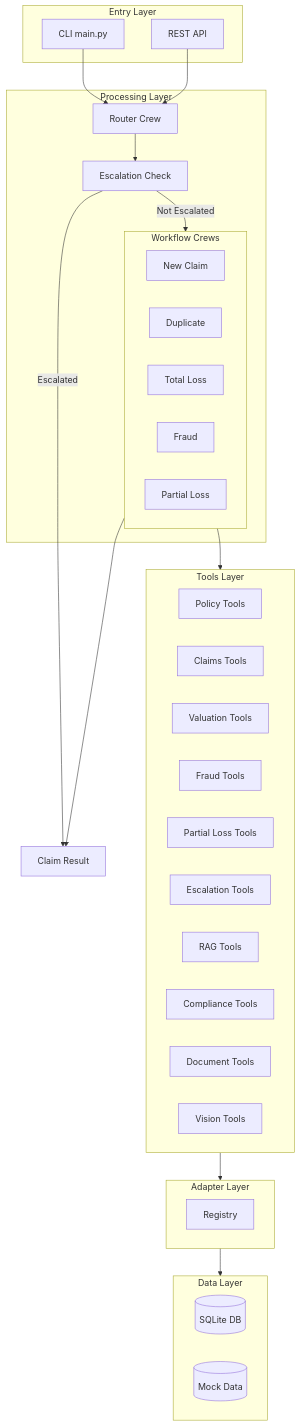
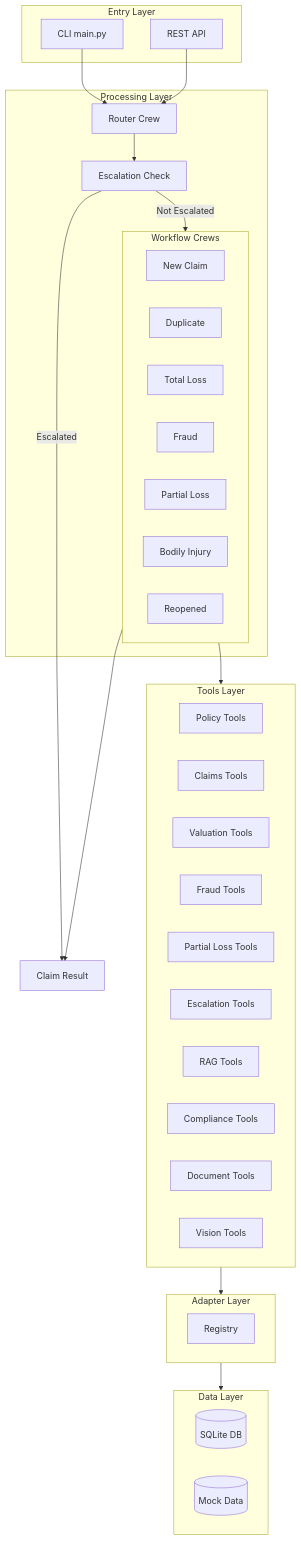
The first of 6 diagrams in docs/architecture.md (csmangum/auto-agent), drawn with Mermaid before and after one commit. The commit also changed 8 other files, not shown here.

````diff
--- a/docs/architecture.md
+++ b/docs/architecture.md
@@ -7,54 +7,56 @@
 ```mermaid
 flowchart TB
     subgraph Entry["Entry Layer"]
         CLI[CLI main.py]
         API[REST API]
     end
 
     subgraph Processing["Processing Layer"]
         Router[Router Crew]
         Escalation[Escalation Check]
 
         subgraph Workflows["Workflow Crews"]
             New[New Claim]
             Dup[Duplicate]
             TL[Total Loss]
             Fraud[Fraud]
             PL[Partial Loss]
+            BI[Bodily Injury]
+            Reopened[Reopened]
         end
     end
 
     subgraph Tools["Tools Layer"]
         Policy[Policy Tools]
         Claims[Claims Tools]
         Valuation[Valuation Tools]
         FraudTools[Fraud Tools]
         PLTools[Partial Loss Tools]
         EscalationTools[Escalation Tools]
         RAGTools[RAG Tools]
         ComplianceTools[Compliance Tools]
         DocumentTools[Document Tools]
         VisionTools[Vision Tools]
     end
 
     subgraph Adapters["Adapter Layer"]
         AdapterRegistry[Registry]
     end
 
     subgraph Data["Data Layer"]
         SQLite[(SQLite DB)]
         MockDB[(Mock Data)]
     end
 
     ClaimResult[Claim Result]
 
     CLI --> Router
     API --> Router
     Router --> Escalation
     Escalation -->|Escalated| ClaimResult
     Escalation -->|Not Escalated| Workflows
     Workflows --> ClaimResult
     Workflows --> Tools
     Tools --> Adapters
     Adapters --> Data
 ```
````
